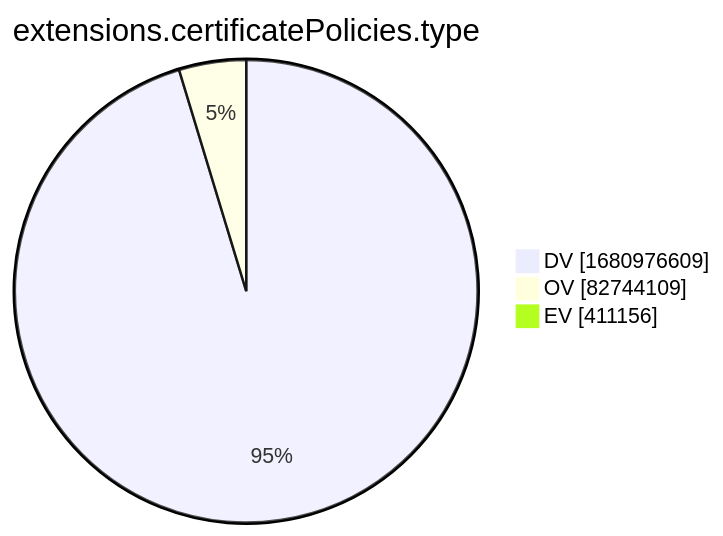
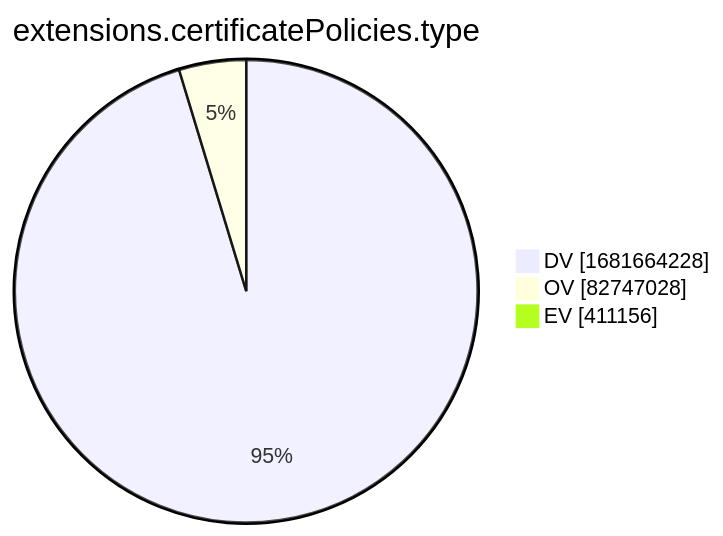
The tenth of 15 diagrams in xenon2022/README.md (christiankrug/ctmonitor_visualization), drawn with Mermaid before and after one commit. The commit also changed other lines of this file, not shown here.

````diff
--- a/xenon2022/README.md
+++ b/xenon2022/README.md
@@ -2881,7 +2881,7 @@
 ```mermaid
 pie showData
 title extensions.certificatePolicies.type
-"DV" :1680976609
-"OV" :82744109
+"DV" :1681664228
+"OV" :82747028
 "EV" :411156
 ```
````
